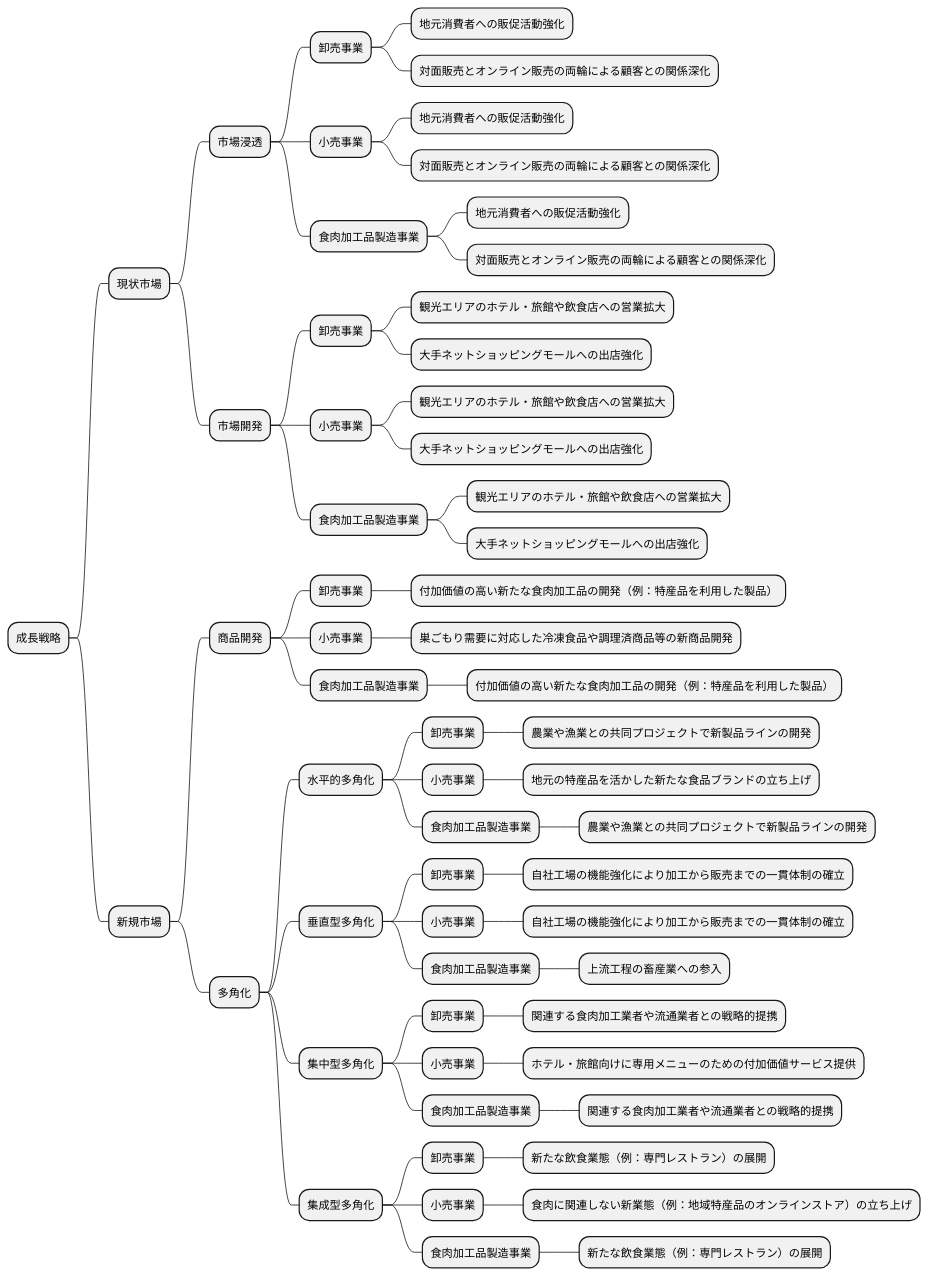
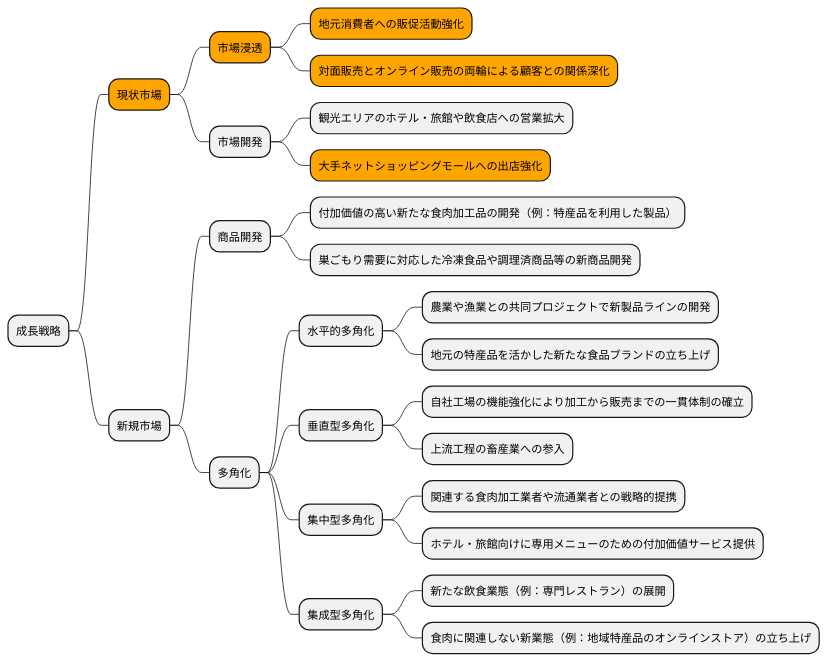
One commit to k2works/case-sutudy-business-analysis changed the fifth of 15 diagrams in docs/case/r04_case_2.adoc. Above: the diagram before and after it, drawn with PlantUML. The commit also changed other lines of this file, not shown here.

```diff
--- a/docs/case/r04_case_2.adoc
+++ b/docs/case/r04_case_2.adoc
@@ -259,70 +259,30 @@
 [plantuml]
 ----
 @startmindmap
 * 成長戦略
-** 現状市場
-*** 市場浸透
-**** 卸売事業
-***** 地元消費者への販促活動強化
-***** 対面販売とオンライン販売の両輪による顧客との関係深化
-**** 小売事業
-***** 地元消費者への販促活動強化
-***** 対面販売とオンライン販売の両輪による顧客との関係深化
-**** 食肉加工品製造事業
-***** 地元消費者への販促活動強化
-***** 対面販売とオンライン販売の両輪による顧客との関係深化
-
+**[#orange] 現状市場
+***[#orange] 市場浸透
+****[#orange] 地元消費者への販促活動強化
+****[#orange] 対面販売とオンライン販売の両輪による顧客との関係深化
 *** 市場開発
-**** 卸売事業
-***** 観光エリアのホテル・旅館や飲食店への営業拡大
-***** 大手ネットショッピングモールへの出店強化
-**** 小売事業
-***** 観光エリアのホテル・旅館や飲食店への営業拡大
-***** 大手ネットショッピングモールへの出店強化
-**** 食肉加工品製造事業
-***** 観光エリアのホテル・旅館や飲食店への営業拡大
-***** 大手ネットショッピングモールへの出店強化
-
+**** 観光エリアのホテル・旅館や飲食店への営業拡大
+****[#orange] 大手ネットショッピングモールへの出店強化
 ** 新規市場
 *** 商品開発
-**** 卸売事業
-***** 付加価値の高い新たな食肉加工品の開発（例：特産品を利用した製品）
-**** 小売事業
-***** 巣ごもり需要に対応した冷凍食品や調理済商品等の新商品開発
-**** 食肉加工品製造事業
-***** 付加価値の高い新たな食肉加工品の開発（例：特産品を利用した製品）
-
+**** 付加価値の高い新たな食肉加工品の開発（例：特産品を利用した製品）
+**** 巣ごもり需要に対応した冷凍食品や調理済商品等の新商品開発
 *** 多角化
 **** 水平的多角化
-***** 卸売事業
-****** 農業や漁業との共同プロジェクトで新製品ラインの開発
-***** 小売事業
-****** 地元の特産品を活かした新たな食品ブランドの立ち上げ
-***** 食肉加工品製造事業
-****** 農業や漁業との共同プロジェクトで新製品ラインの開発
-
+***** 農業や漁業との共同プロジェクトで新製品ラインの開発
+***** 地元の特産品を活かした新たな食品ブランドの立ち上げ
 **** 垂直型多角化
-***** 卸売事業
-****** 自社工場の機能強化により加工から販売までの一貫体制の確立
-***** 小売事業
-****** 自社工場の機能強化により加工から販売までの一貫体制の確立
-***** 食肉加工品製造事業
-****** 上流工程の畜産業への参入
-
+***** 自社工場の機能強化により加工から販売までの一貫体制の確立
+***** 上流工程の畜産業への参入
 **** 集中型多角化
-***** 卸売事業
-****** 関連する食肉加工業者や流通業者との戦略的提携
-***** 小売事業
-****** ホテル・旅館向けに専用メニューのための付加価値サービス提供
-***** 食肉加工品製造事業
-****** 関連する食肉加工業者や流通業者との戦略的提携
-
+***** 関連する食肉加工業者や流通業者との戦略的提携
+***** ホテル・旅館向けに専用メニューのための付加価値サービス提供
 **** 集成型多角化
-***** 卸売事業
-****** 新たな飲食業態（例：専門レストラン）の展開
-***** 小売事業
-****** 食肉に関連しない新業態（例：地域特産品のオンラインストア）の立ち上げ
-***** 食肉加工品製造事業
-****** 新たな飲食業態（例：専門レストラン）の展開
+***** 新たな飲食業態（例：専門レストラン）の展開
+***** 食肉に関連しない新業態（例：地域特産品のオンラインストア）の立ち上げ
 @endmindmap
 ----
```
